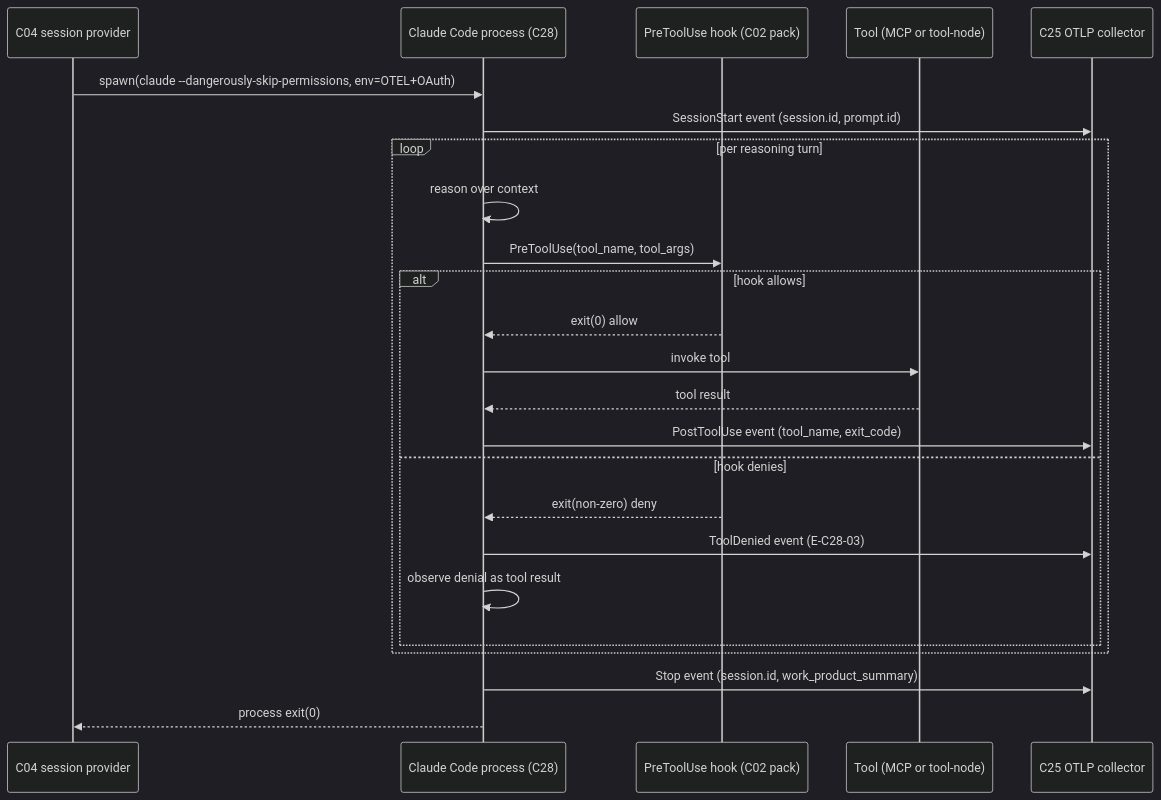
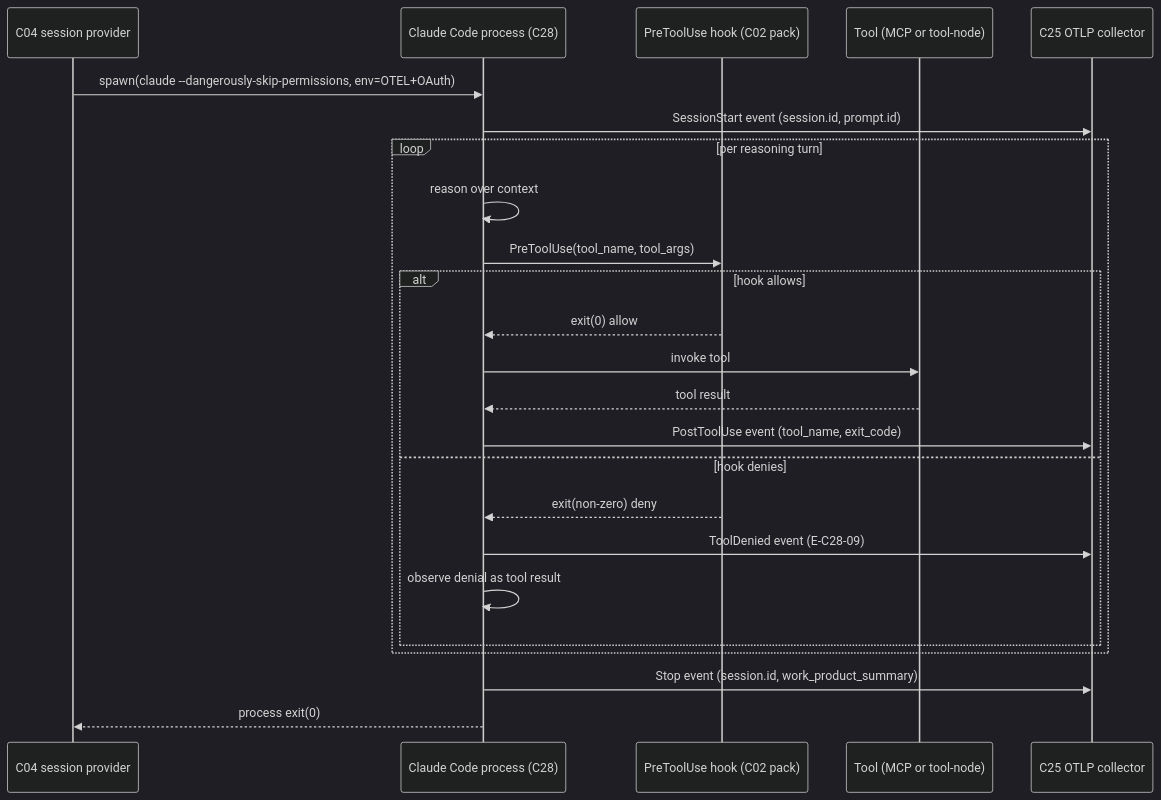
Before and after one commit to lago-morph/software-factory: the first of 2 diagrams in architectures/v4/spec/C28-claude-code-agent-loop.md, drawn with Mermaid (dark theme). The commit also changed other lines of this file and 4 other files, not shown here.

````diff
--- a/architectures/v4/spec/C28-claude-code-agent-loop.md
+++ b/architectures/v4/spec/C28-claude-code-agent-loop.md
@@ -253,27 +263,27 @@
 ```mermaid
 sequenceDiagram
     participant C04 as C04 session provider
     participant CC as Claude Code process (C28)
     participant HK as PreToolUse hook (C02 pack)
     participant TL as Tool (MCP or tool-node)
     participant C25 as C25 OTLP collector
 
     C04->>CC: spawn(claude --dangerously-skip-permissions, env=OTEL+OAuth)
     CC->>C25: SessionStart event (session.id, prompt.id)
     loop per reasoning turn
         CC->>CC: reason over context
         CC->>HK: PreToolUse(tool_name, tool_args)
         alt hook allows
             HK-->>CC: exit(0) allow
             CC->>TL: invoke tool
             TL-->>CC: tool result
             CC->>C25: PostToolUse event (tool_name, exit_code)
         else hook denies
             HK-->>CC: exit(non-zero) deny
-            CC->>C25: ToolDenied event (E-C28-03)
+            CC->>C25: ToolDenied event (E-C28-09)
             CC->>CC: observe denial as tool result
         end
     end
     CC->>C25: Stop event (session.id, work_product_summary)
     CC-->>C04: process exit(0)
 ```
````
